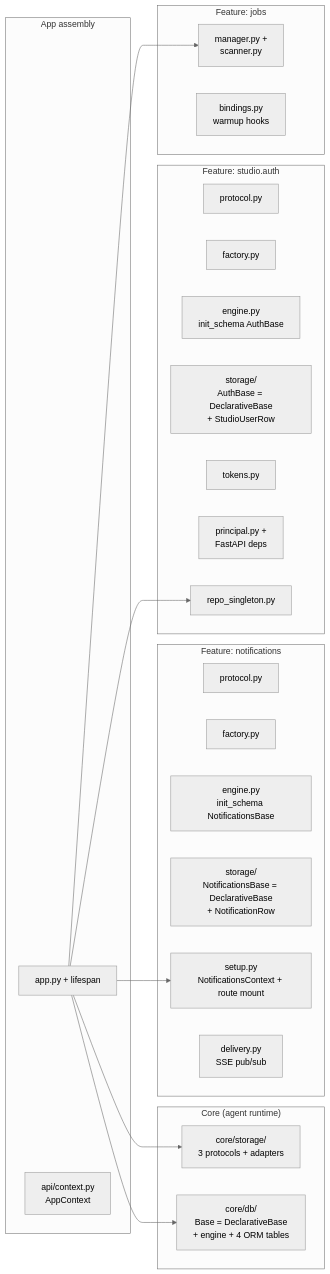
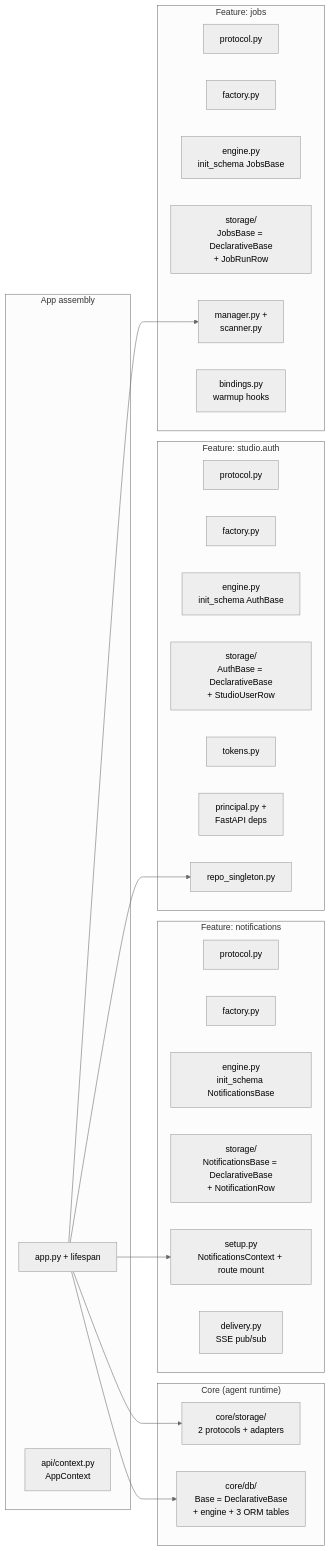
One commit to YU-JI-KUI/ark-agentic changed the fourth of 13 diagrams in docs/architecture-c4.md. Above: the diagram before and after it, drawn with Mermaid (neutral theme). The commit also changed other lines of this file and 20 other files, not shown here.

````diff
--- a/docs/architecture-c4.md
+++ b/docs/architecture-c4.md
@@ -197,42 +198,46 @@
 ```mermaid
 graph LR
     subgraph "Core (agent runtime)"
-        CoreSt[core/storage/<br/>3 protocols + adapters]
-        CoreDb[core/db/<br/>Base = DeclarativeBase<br/>+ engine + 4 ORM tables]
+        CoreSt[core/storage/<br/>2 protocols + adapters]
+        CoreDb[core/db/<br/>Base = DeclarativeBase<br/>+ engine + 3 ORM tables]
     end
 
     subgraph "Feature: notifications"
         NP[protocol.py]
         NF[factory.py]
         NE[engine.py<br/>init_schema NotificationsBase]
         NS[storage/<br/>NotificationsBase = DeclarativeBase<br/>+ NotificationRow]
         NSetup[setup.py<br/>NotificationsContext + route mount]
         ND[delivery.py<br/>SSE pub/sub]
     end
 
     subgraph "Feature: studio.auth"
         SP[protocol.py]
         SF[factory.py]
         SE[engine.py<br/>init_schema AuthBase]
         SS[storage/<br/>AuthBase = DeclarativeBase<br/>+ StudioUserRow]
         ST[tokens.py]
         SPr[principal.py +<br/>FastAPI deps]
         SR[repo_singleton.py]
     end
 
     subgraph "Feature: jobs"
+        JP[protocol.py]
+        JF[factory.py]
+        JE[engine.py<br/>init_schema JobsBase]
+        JS[storage/<br/>JobsBase = DeclarativeBase<br/>+ JobRunRow]
         JM[manager.py +<br/>scanner.py]
         JB[bindings.py<br/>warmup hooks]
     end
 
     subgraph "App assembly"
         AppPy[app.py + lifespan]
         Ctx[api/context.py<br/>AppContext]
     end
 
     AppPy --> CoreSt
     AppPy --> CoreDb
     AppPy --> NSetup
     AppPy --> SR
     AppPy --> JM
 ```
````
